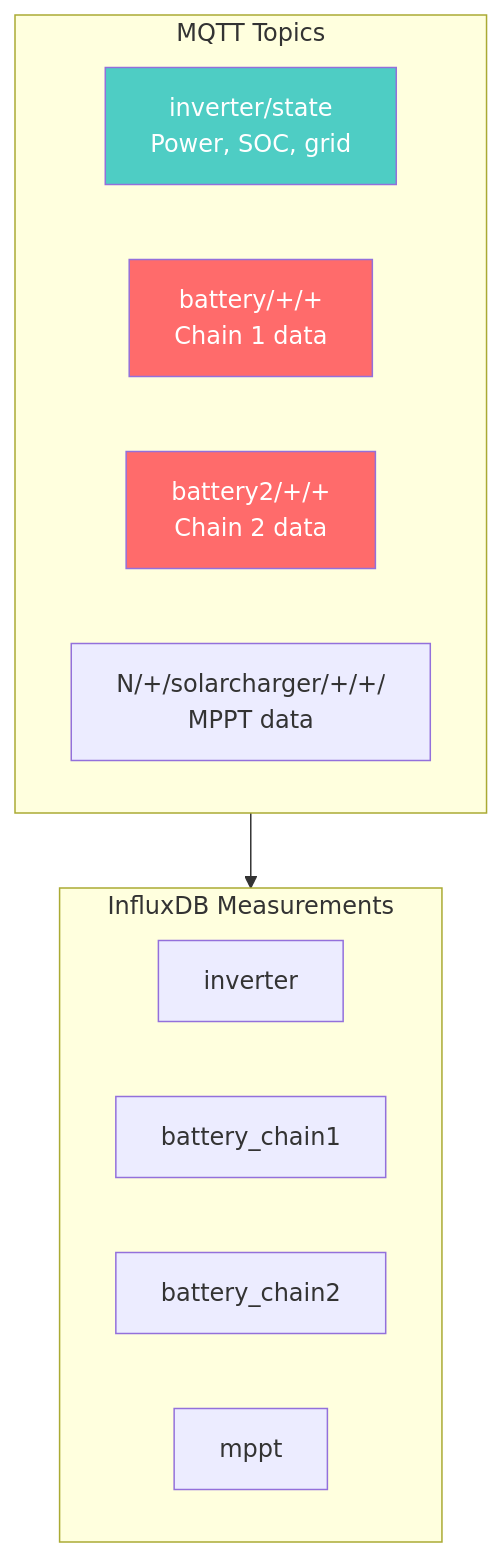
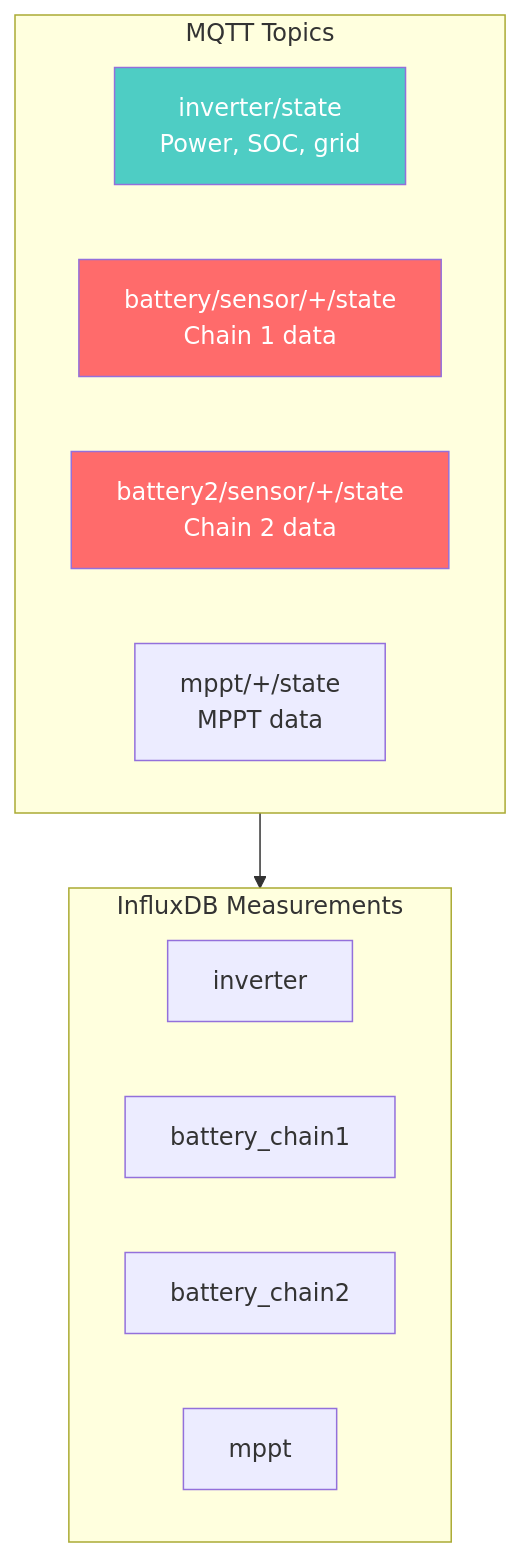
One commit to victron-venus/inverter-monitoring changed the fourth of 4 diagrams in .github/docs/system-architecture.md. Above: the diagram before and after it, drawn with Mermaid. The commit also changed other lines of this file and 2 other files, not shown here.

Commit message:
docs: scope legacy tuning guidance and fix architecture references

````diff
--- a/.github/docs/system-architecture.md
+++ b/.github/docs/system-architecture.md
@@ -88,22 +93,22 @@
 ```mermaid
 graph TB
     subgraph Topics["MQTT Topics"]
         INV["inverter/state<br/>Power, SOC, grid"]
-        BAT1["battery/+/+<br/>Chain 1 data"]
-        BAT2["battery2/+/+<br/>Chain 2 data"]
-        MPPT["N/+/solarcharger/+/+/<br/>MPPT data"]
+        BAT1["battery/sensor/+/state<br/>Chain 1 data"]
+        BAT2["battery2/sensor/+/state<br/>Chain 2 data"]
+        MPPT["mppt/+/state<br/>MPPT data"]
     end
 
     subgraph Influx["InfluxDB Measurements"]
         I_INV["inverter"]
         I_BAT1["battery_chain1"]
         I_BAT2["battery_chain2"]
         I_MPPT["mppt"]
     end
 
     Topics --> Influx
 
     style INV fill:#4ecdc4,color:#fff
     style BAT1 fill:#ff6b6b,color:#fff
     style BAT2 fill:#ff6b6b,color:#fff
 ```
````
